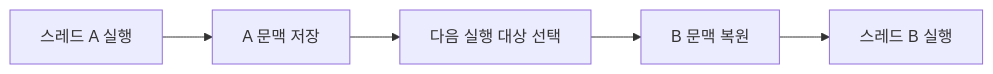
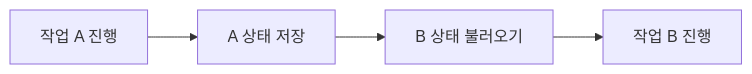
Before and after one commit to moocongpapa/it-study: the diagram in content/topics/context-switching.md, drawn with Mermaid. The commit also changed other lines of this file and 71 other files, not shown here.

````diff
--- a/content/topics/context-switching.md
+++ b/content/topics/context-switching.md
@@ -6,5 +20,4 @@
 ```mermaid
 flowchart LR
-  A["스레드 A 실행"] --> B["A 문맥 저장"] --> C["다음 실행 대상 선택"]
-  C --> D["B 문맥 복원"] --> E["스레드 B 실행"]
+ A["작업 A 진행"] --> B["A 상태 저장"] --> C["B 상태 불러오기"] --> D["작업 B 진행"]
 ```
````
